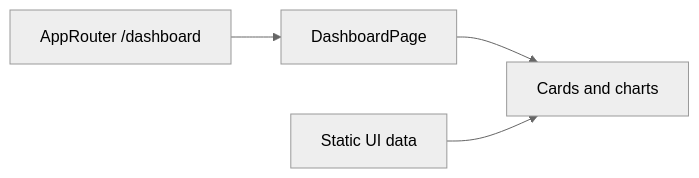
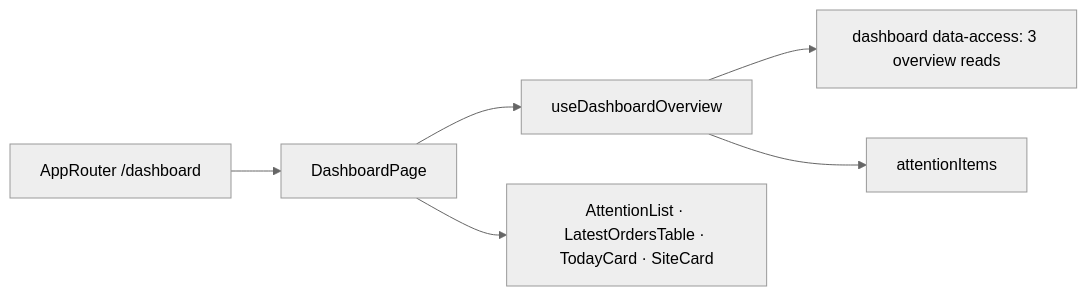
The diagram in docs/features/admin/dashboard.md (Weretik/kedr-web), drawn with Mermaid (neutral theme) before and after one commit. The commit also changed other lines of this file and 57 other files, not shown here.

````diff
--- a/docs/features/admin/dashboard.md
+++ b/docs/features/admin/dashboard.md
@@ -12,6 +12,8 @@
 ```mermaid
 flowchart LR
   Route["AppRouter /dashboard"] --> Page["DashboardPage"]
-  Page --> Widgets["Cards and charts"]
-  Static["Static UI data"] --> Widgets
+  Page --> Hook["useDashboardOverview"]
+  Hook --> Api["dashboard data-access: 3 overview reads"]
+  Hook --> Model["attentionItems"]
+  Page --> UI["AttentionList · LatestOrdersTable · TodayCard · SiteCard"]
 ```
````
